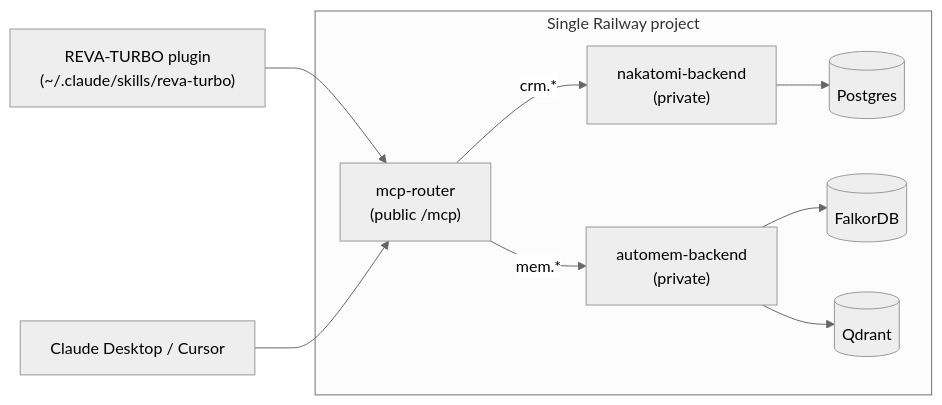
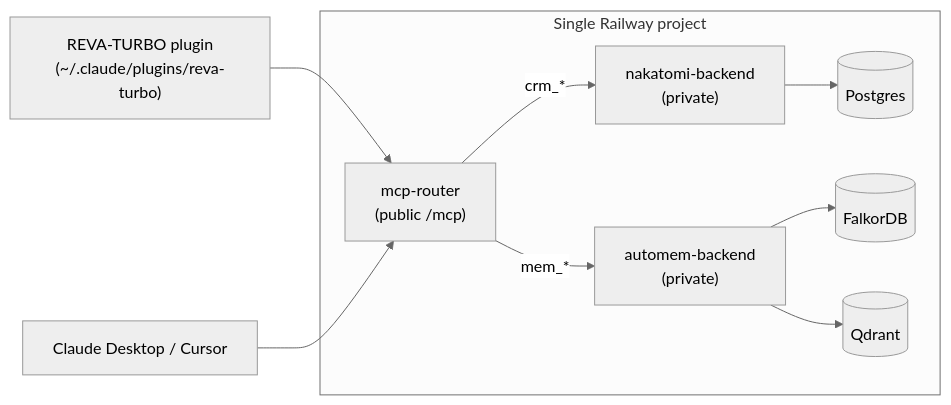
One commit to mrdulasolutions/RevOps-RevAMfg changed the diagram in README.md. Above: the diagram before and after it, drawn with Mermaid (neutral theme). The commit also changed other lines of this file and 1 other file, not shown here.

````diff
--- a/README.md
+++ b/README.md
@@ -13,20 +21,20 @@
 ```mermaid
 flowchart LR
-  Plugin["REVA-TURBO plugin<br/>(~/.claude/skills/reva-turbo)"]
+  Plugin["REVA-TURBO plugin<br/>(~/.claude/plugins/reva-turbo)"]
   Claude["Claude Desktop / Cursor"]
   subgraph Railway["Single Railway project"]
     Router["mcp-router<br/>(public /mcp)"]
     Nakatomi["nakatomi-backend<br/>(private)"]
     AutoMem["automem-backend<br/>(private)"]
     PG[("Postgres")]
     Falkor[("FalkorDB")]
     Qdrant[("Qdrant")]
-    Router -- "crm.*" --> Nakatomi
-    Router -- "mem.*" --> AutoMem
+    Router -- "crm_*" --> Nakatomi
+    Router -- "mem_*" --> AutoMem
     Nakatomi --> PG
     AutoMem --> Falkor
     AutoMem --> Qdrant
   end
   Plugin --> Router
   Claude --> Router
 ```
````
